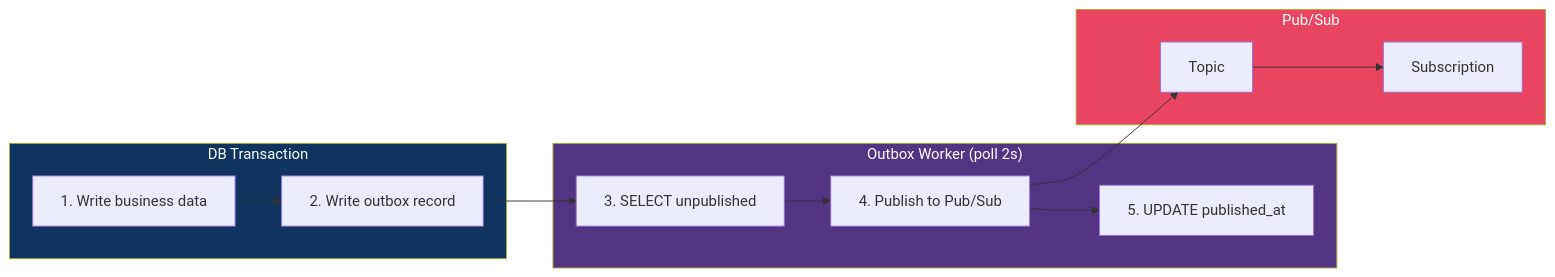
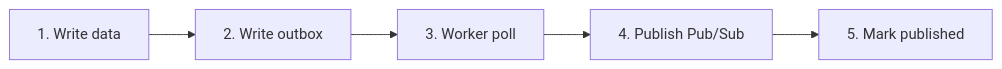
One commit to ndmthuan97/ERP-Prototype-Example changed the ninth of 9 diagrams in docs/architecture/system-overview.md. Above: the diagram before and after it, drawn with Mermaid. The commit also changed other lines of this file, not shown here.

Commit message:
docs: rewrite diagrams — clean B/W, no overlap, split into focused charts

````diff
--- a/docs/architecture/system-overview.md
+++ b/docs/architecture/system-overview.md
@@ -285,29 +275,7 @@
 ```mermaid
 flowchart LR
-    subgraph TX["DB Transaction"]
-        BIZ["1. Write business data"]
-        OBX["2. Write outbox record"]
-    end
-
-    subgraph WORKER["Outbox Worker (poll 2s)"]
-        POLL["3. SELECT unpublished"]
-        PUB["4. Publish to Pub/Sub"]
-        MARK["5. UPDATE published_at"]
-    end
-
-    subgraph PS["Pub/Sub"]
-        TOPIC["Topic"]
-        SUB["Subscription"]
-    end
-
-    BIZ --> OBX
-    OBX --> POLL
-    POLL --> PUB
-    PUB --> TOPIC
-    TOPIC --> SUB
-    PUB --> MARK
-
-    style TX fill:#0f3460,color:#fff
-    style WORKER fill:#533483,color:#fff
-    style PS fill:#e94560,color:#fff
+    A["1. Write data"] --> B["2. Write outbox"]
+    B --> C["3. Worker poll"]
+    C --> D["4. Publish Pub/Sub"]
+    D --> E["5. Mark published"]
 ```
````
